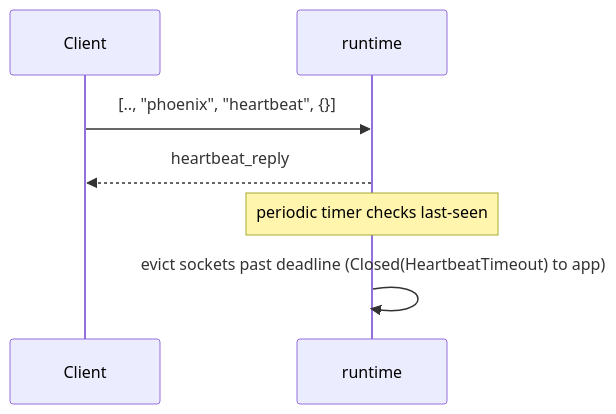
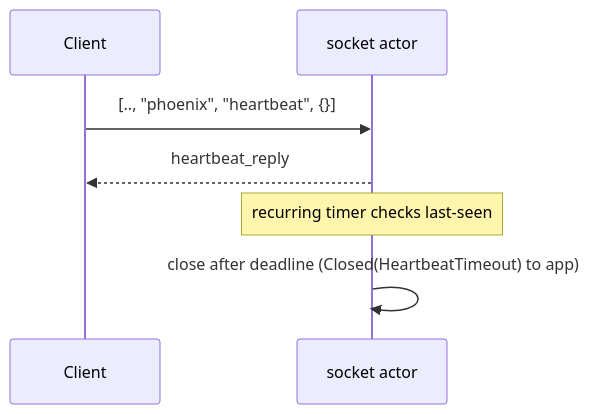
One commit to tylerbutler/beryl changed the fifth of 6 diagrams in website/src/content/docs/architecture/message-lifecycle.md. Above: the diagram before and after it, drawn with Mermaid. The commit also changed other lines of this file and 13 other files, not shown here.

Commit message:
docs: update per-socket actor architecture

````diff
--- a/website/src/content/docs/architecture/message-lifecycle.md
+++ b/website/src/content/docs/architecture/message-lifecycle.md
@@ -97,9 +108,9 @@
 ```mermaid
 sequenceDiagram
   participant Client
-  participant RT as runtime
-  Client->>RT: [.., "phoenix", "heartbeat", {}]
-  RT-->>Client: heartbeat_reply
-  Note over RT: periodic timer checks last-seen
-  RT->>RT: evict sockets past deadline (Closed(HeartbeatTimeout) to app)
+  participant Socket as socket actor
+  Client->>Socket: [.., "phoenix", "heartbeat", {}]
+  Socket-->>Client: heartbeat_reply
+  Note over Socket: recurring timer checks last-seen
+  Socket->>Socket: close after deadline (Closed(HeartbeatTimeout) to app)
 ```
````
